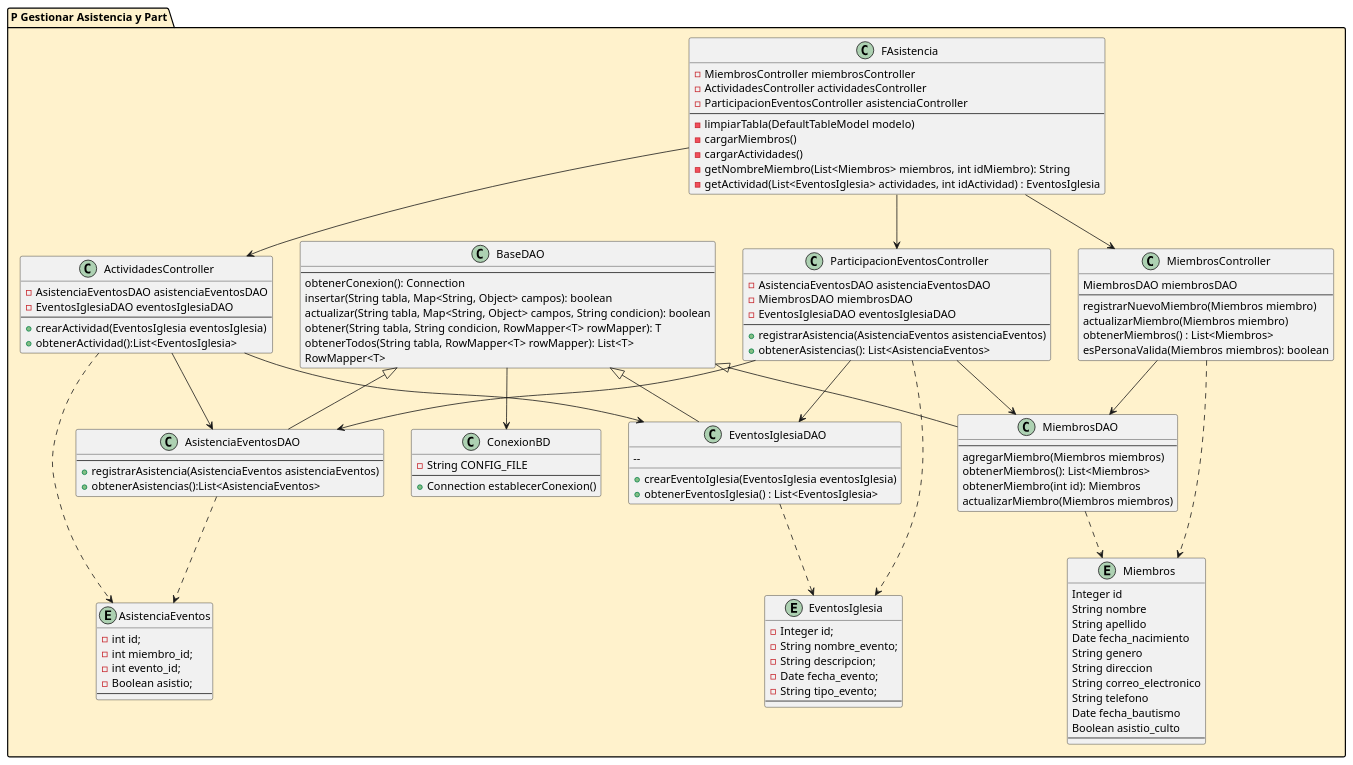
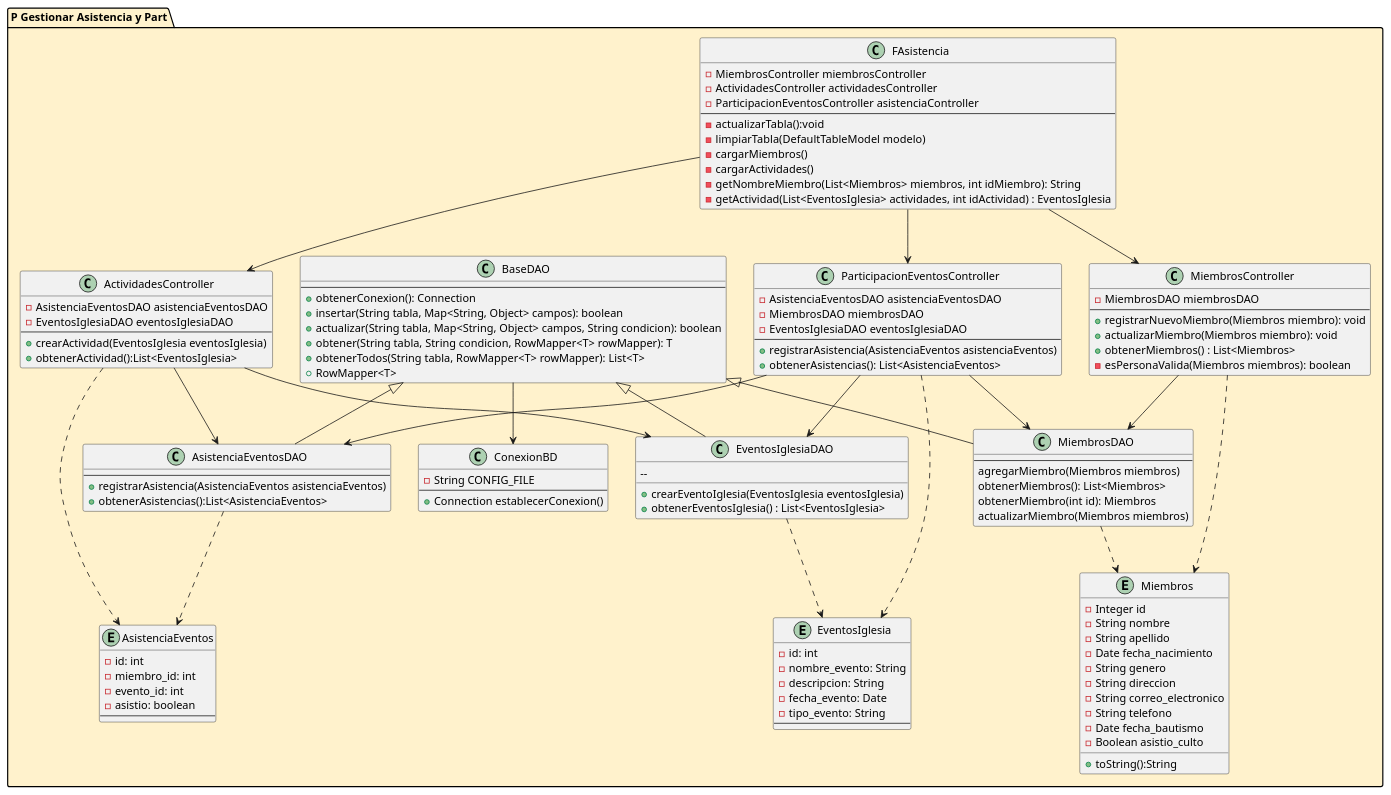
Before and after one commit to jeulate/proyig1: the diagram in src/utils/MAsistencia.puml, drawn with PlantUML. The commit also changed 28 other files, not shown here.

```diff
--- a/src/utils/MAsistencia.puml
+++ b/src/utils/MAsistencia.puml
@@ -1,122 +1,123 @@
 @startuml
 package "P Gestionar Asistencia y Part." #FFF2CC {
   class "FAsistencia" as fasistencia {
   - MiembrosController miembrosController
   - ActividadesController actividadesController
   - ParticipacionEventosController asistenciaController
   --
+  -actualizarTabla():void
   -limpiarTabla(DefaultTableModel modelo)
   -cargarMiembros()
   -cargarActividades()
   -getNombreMiembro(List<Miembros> miembros, int idMiembro): String
   -getActividad(List<EventosIglesia> actividades, int idActividad) : EventosIglesia
   }
   class "MiembrosController" as ctrmiembro{
-  MiembrosDAO miembrosDAO
-  --
-  registrarNuevoMiembro(Miembros miembro)
-  actualizarMiembro(Miembros miembro)
-  obtenerMiembros() : List<Miembros>
-  esPersonaValida(Miembros miembros): boolean
+    -MiembrosDAO miembrosDAO
+    --
+    +registrarNuevoMiembro(Miembros miembro): void
+    +actualizarMiembro(Miembros miembro): void
+    +obtenerMiembros() : List<Miembros>
+    -esPersonaValida(Miembros miembros): boolean
   }
   class "ActividadesController" as ctractividades{
     -AsistenciaEventosDAO asistenciaEventosDAO
     -EventosIglesiaDAO eventosIglesiaDAO
   --
   +crearActividad(EventosIglesia eventosIglesia)
   +obtenerActividad():List<EventosIglesia>
   }
   class "ParticipacionEventosController" as ctrasistencia{
       - AsistenciaEventosDAO asistenciaEventosDAO
       - MiembrosDAO miembrosDAO
       - EventosIglesiaDAO eventosIglesiaDAO
   --
   +registrarAsistencia(AsistenciaEventos asistenciaEventos)
   +obtenerAsistencias(): List<AsistenciaEventos>
   }
 
   class "MiembrosDAO" as daomiembro{
   --
   agregarMiembro(Miembros miembros)
   obtenerMiembros(): List<Miembros>
   obtenerMiembro(int id): Miembros
   actualizarMiembro(Miembros miembros)
   }
   class "AsistenciaEventosDAO" as daoasistenciae{
   --
   +registrarAsistencia(AsistenciaEventos asistenciaEventos)
   +obtenerAsistencias():List<AsistenciaEventos>
   }
   class "EventosIglesiaDAO" as daoeventoigle{
 
   --
   +crearEventoIglesia(EventosIglesia eventosIglesia)
   +obtenerEventosIglesia() : List<EventosIglesia>
   }
 
   class "BaseDAO" as daobase {
-  --
-  obtenerConexion(): Connection
-  insertar(String tabla, Map<String, Object> campos): boolean
-  actualizar(String tabla, Map<String, Object> campos, String condicion): boolean
-  obtener(String tabla, String condicion, RowMapper<T> rowMapper): T
-  obtenerTodos(String tabla, RowMapper<T> rowMapper): List<T>
-  RowMapper<T>
+ --
+   +obtenerConexion(): Connection
+   +insertar(String tabla, Map<String, Object> campos): boolean
+   +actualizar(String tabla, Map<String, Object> campos, String condicion): boolean
+   +obtener(String tabla, String condicion, RowMapper<T> rowMapper): T
+   +obtenerTodos(String tabla, RowMapper<T> rowMapper): List<T>
+   +RowMapper<T>
   }
    class "ConexionBD" as bdconexion{
      -String CONFIG_FILE
      --
      +Connection establecerConexion()
     }
   entity "Miembros" as miembros{
-      Integer id
-      String nombre
-      String apellido
-      Date fecha_nacimiento
-      String genero
-      String direccion
-      String correo_electronico
-      String telefono
-      Date fecha_bautismo
-      Boolean asistio_culto
-      --
+      -Integer id
+       -String nombre
+       -String apellido
+       -Date fecha_nacimiento
+       -String genero
+       -String direccion
+       -String correo_electronico
+       -String telefono
+       -Date fecha_bautismo
+       -Boolean asistio_culto
+        +toString():String
   }
   entity "AsistenciaEventos" as easistenciae{
-      - int id;
-      - int miembro_id;
-      - int evento_id;
-      - Boolean asistio;
+      - id: int
+      - miembro_id: int
+      - evento_id: int
+      - asistio: boolean
       --
   }
   entity "EventosIglesia" as eeventosigle{
-        - Integer id;
-        - String nombre_evento;
-        - String descripcion;
-        - Date fecha_evento;
-        - String tipo_evento;
+        - id: int
+        - nombre_evento: String
+        - descripcion: String
+        - fecha_evento: Date
+        - tipo_evento: String
         --
   }
 
   fasistencia --> ctrmiembro
   fasistencia --> ctractividades
   fasistencia --> ctrasistencia
   ctrmiembro --> daomiembro
   ctractividades --> daoasistenciae
   ctractividades --> daoeventoigle
   ctrasistencia --> daomiembro
   ctrasistencia --> daoasistenciae
   ctrasistencia --> daoeventoigle
   daobase <|-- daomiembro
   daobase <|-- daoasistenciae
   daobase <|-- daoeventoigle
   ctrmiembro ..> miembros
   daomiembro ..> miembros
   daobase --> bdconexion
   daoasistenciae ..> easistenciae
   ctractividades ..> easistenciae
   daoeventoigle ..>eeventosigle
   ctrasistencia..>eeventosigle
 }
 
 
 @enduml
```
